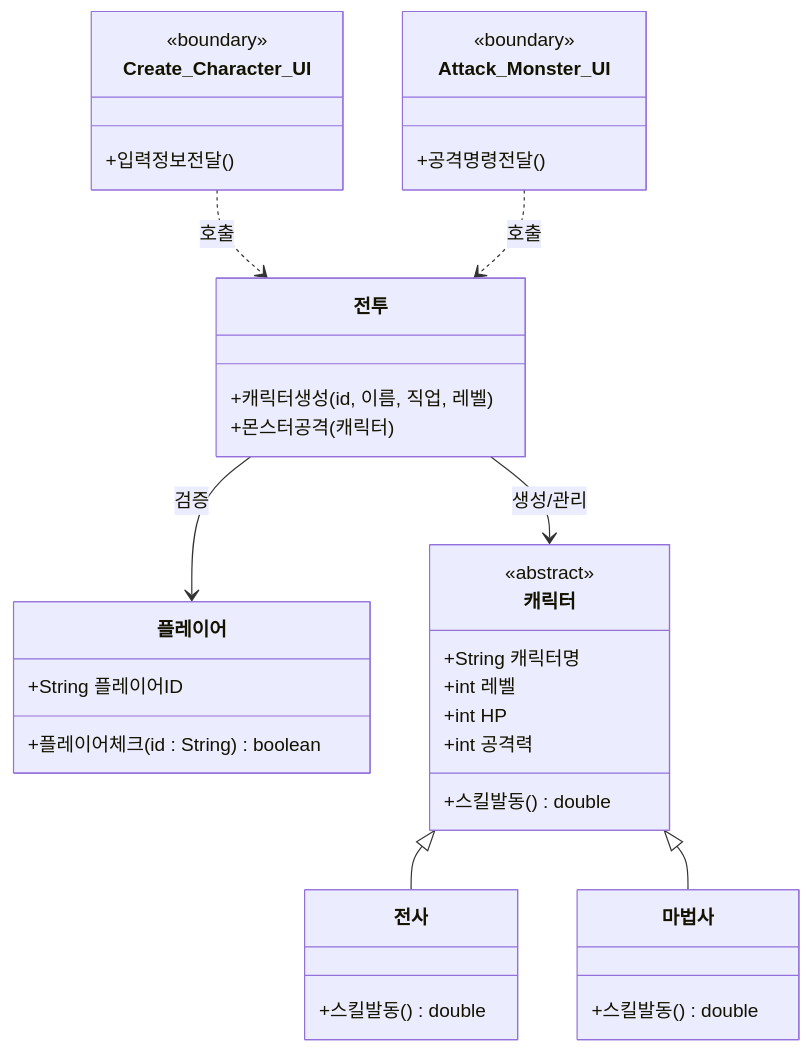
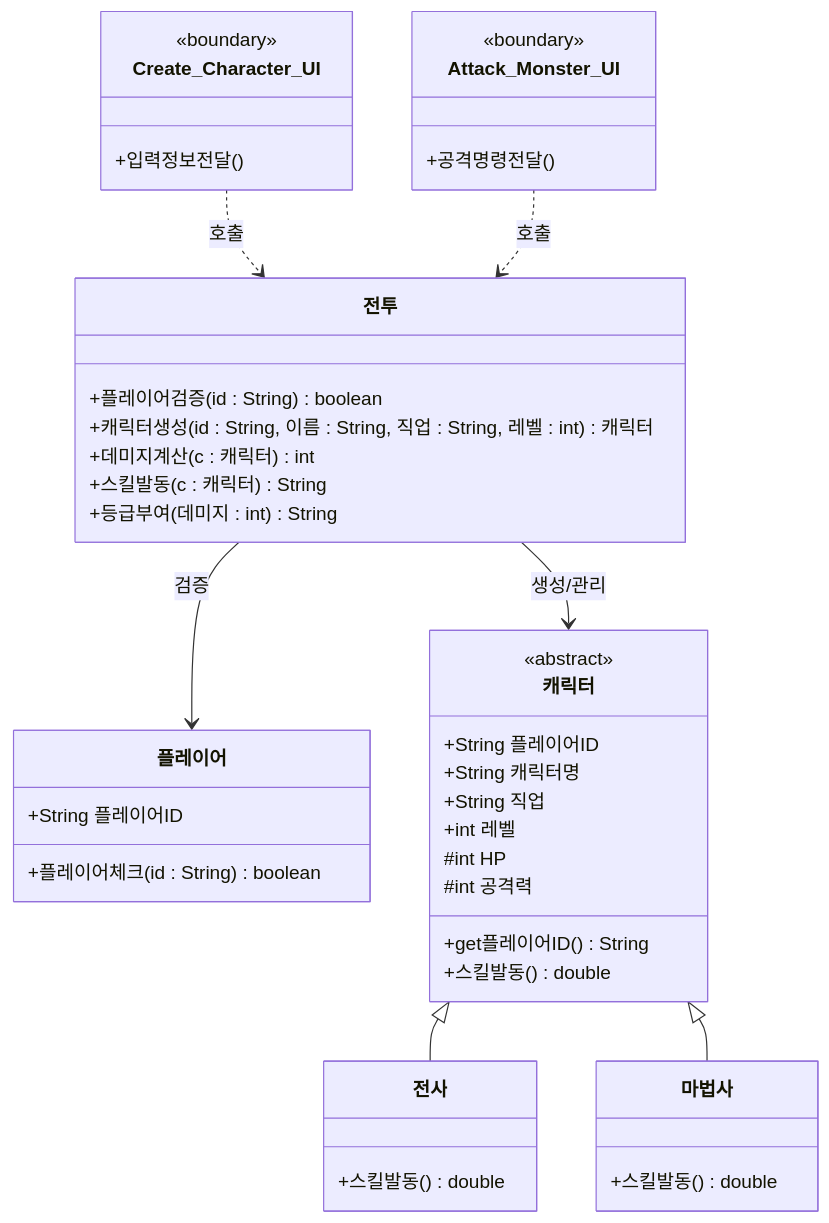
Before and after one commit to Soobin-Choi22/DnF_Battle_C_03: the diagram in ClassDiaram.md, drawn with Mermaid. The commit also changed 4 other files, not shown here.

````diff
--- a/ClassDiaram.md
+++ b/ClassDiaram.md
@@ -3,51 +3,57 @@
 ```mermaid
 classDiagram
 
     class Create_Character_UI {
         <<boundary>>
         +입력정보전달()
     }
 
     class Attack_Monster_UI {
         <<boundary>>
         +공격명령전달()
     }
 
     class 플레이어 {
         +String 플레이어ID
         +플레이어체크(id : String) boolean
     }
 
     class 캐릭터 {
-        <<abstract>>
-        +String 캐릭터명
-        +int 레벨
-        +int HP
-        +int 공격력
-        +스킬발동() double
+    <<abstract>>
+    +String 플레이어ID
+    +String 캐릭터명
+    +String 직업
+    +int 레벨
+    #int HP
+    #int 공격력
+    +get플레이어ID() String
+    +스킬발동() double
     }
 
     class 전사 {
         +스킬발동() double
     }
 
     class 마법사 {
         +스킬발동() double
     }
 
     class 전투 {
-        +캐릭터생성(id, 이름, 직업, 레벨)
-        +몬스터공격(캐릭터)
+        +플레이어검증(id : String) boolean
+        +캐릭터생성(id : String, 이름 : String, 직업 : String, 레벨 : int) 캐릭터
+        +데미지계산(c : 캐릭터) int
+        +스킬발동(c : 캐릭터) String
+        +등급부여(데미지 : int) String
     }
 
     %% 상속 관계
     캐릭터 <|-- 전사
     캐릭터 <|-- 마법사
 
     %% 연관 관계
     Create_Character_UI ..> 전투 : 호출
     Attack_Monster_UI ..> 전투 : 호출
 
     전투 --> 플레이어 : 검증
     전투 --> 캐릭터 : 생성/관리
 ```
````
